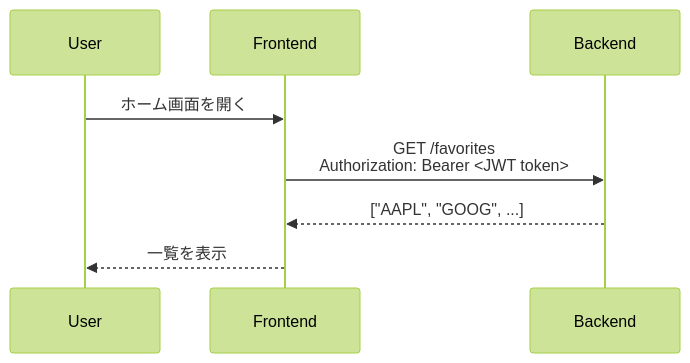
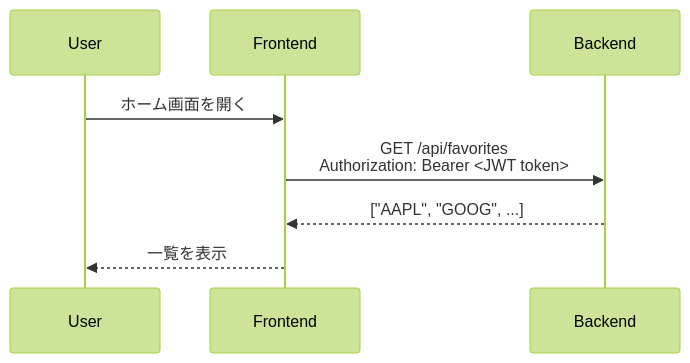
One commit to koki-ymd/stock-viewer changed the fifth of 6 diagrams in docs/architecture.md. Above: the diagram before and after it, drawn with Mermaid (forest theme). The commit also changed other lines of this file, not shown here.

Commit message:
docs: add api prefix and minor fixes in architecture.md

````diff
--- a/docs/architecture.md
+++ b/docs/architecture.md
@@ -364,12 +367,12 @@
 ```mermaid
 sequenceDiagram
   participant U as User
   participant FE as Frontend
   participant BE as Backend
 
   U->>FE: ホーム画面を開く
-  FE->>BE: GET /favorites <br/> Authorization: Bearer <JWT token>
+  FE->>BE: GET /api/favorites <br/> Authorization: Bearer <JWT token>
   BE-->>FE: ["AAPL", "GOOG", ...]
   FE-->>U: 一覧を表示
 
 ```
````
